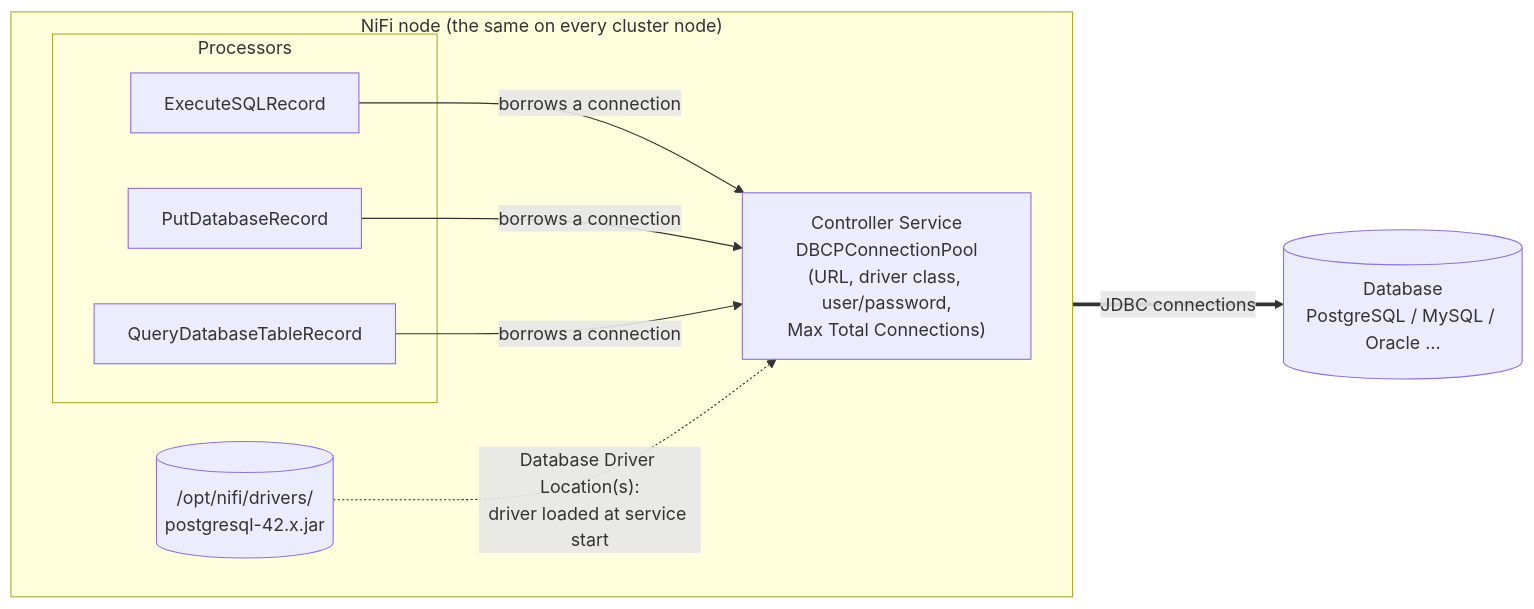
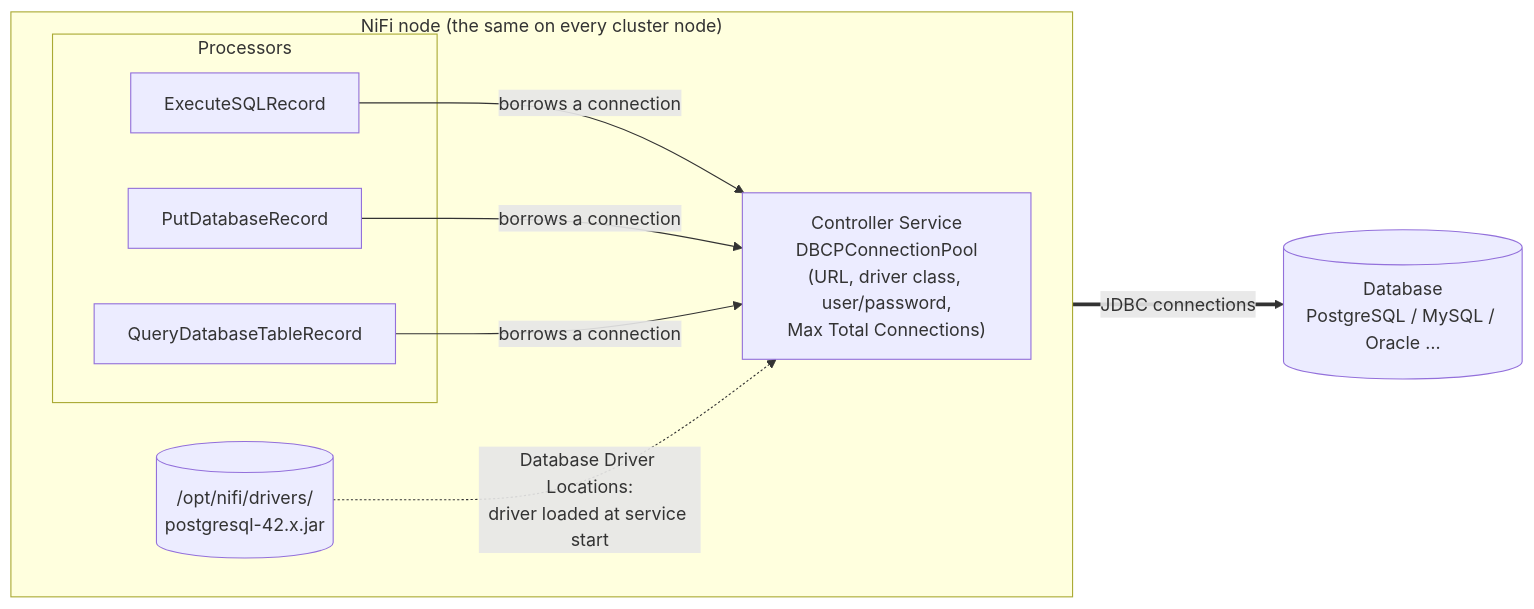
One commit to MagnetonBora/nifi-workshop changed the first of 5 diagrams in content/materials/day-2.md. Above: the diagram before and after it, drawn with Mermaid. The commit also changed other lines of this file and 8 other files, not shown here.

````diff
--- a/content/materials/day-2.md
+++ b/content/materials/day-2.md
@@ -42,18 +42,18 @@
 ```mermaid
 flowchart LR
   subgraph NODE["NiFi node (the same on every cluster node)"]
     direction LR
     subgraph PROCS["Processors"]
       P1["ExecuteSQLRecord"]
       P2["PutDatabaseRecord"]
       P3["QueryDatabaseTableRecord"]
     end
     POOL["Controller Service<br/>DBCPConnectionPool<br/>(URL, driver class, user/password,<br/>Max Total Connections)"]
     JAR[("/opt/nifi/drivers/<br/>postgresql-42.x.jar")]
     P1 -- "borrows a connection" --> POOL
     P2 -- "borrows a connection" --> POOL
     P3 -- "borrows a connection" --> POOL
-    JAR -. "Database Driver Location(s):<br/>driver loaded at service start" .-> POOL
+    JAR -. "Database Driver Locations:<br/>driver loaded at service start" .-> POOL
   end
   POOL == "JDBC connections" ==> DB[("Database<br/>PostgreSQL / MySQL / Oracle …")]
 ```
````
